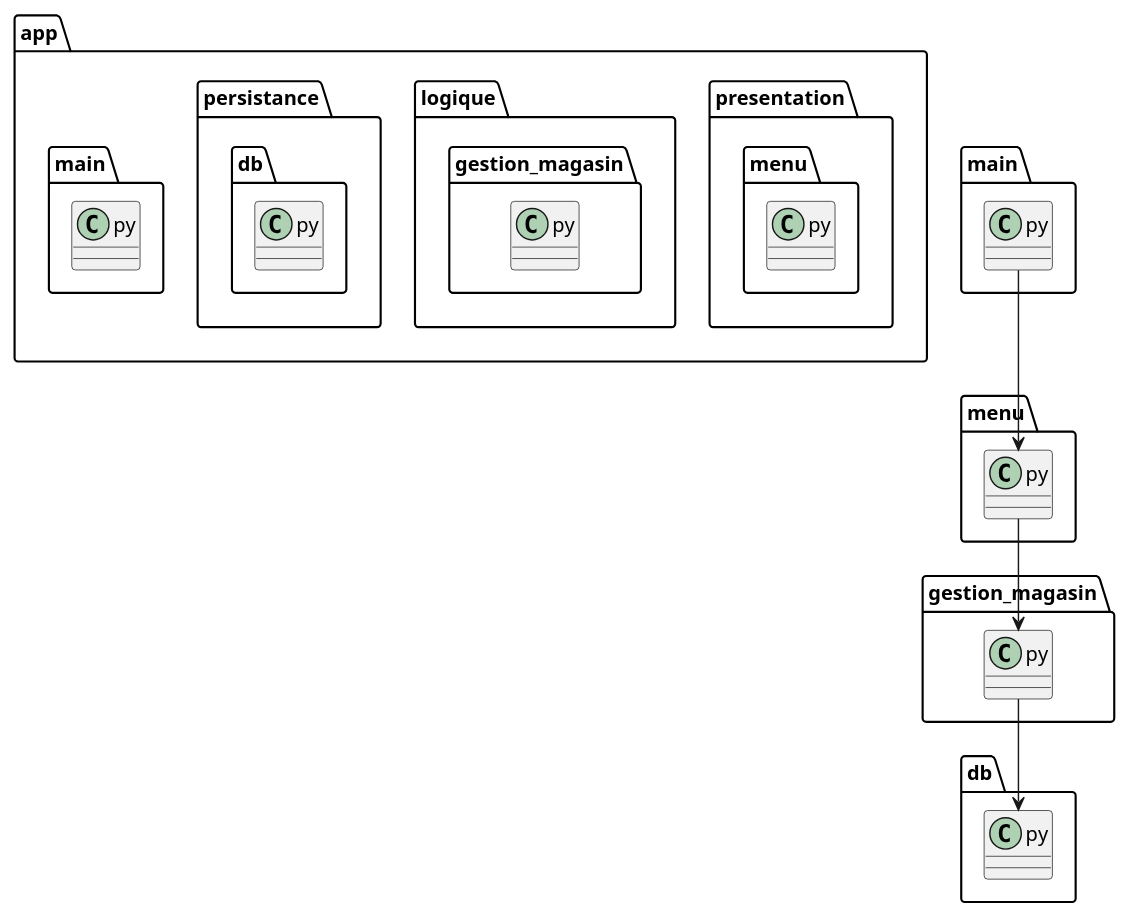
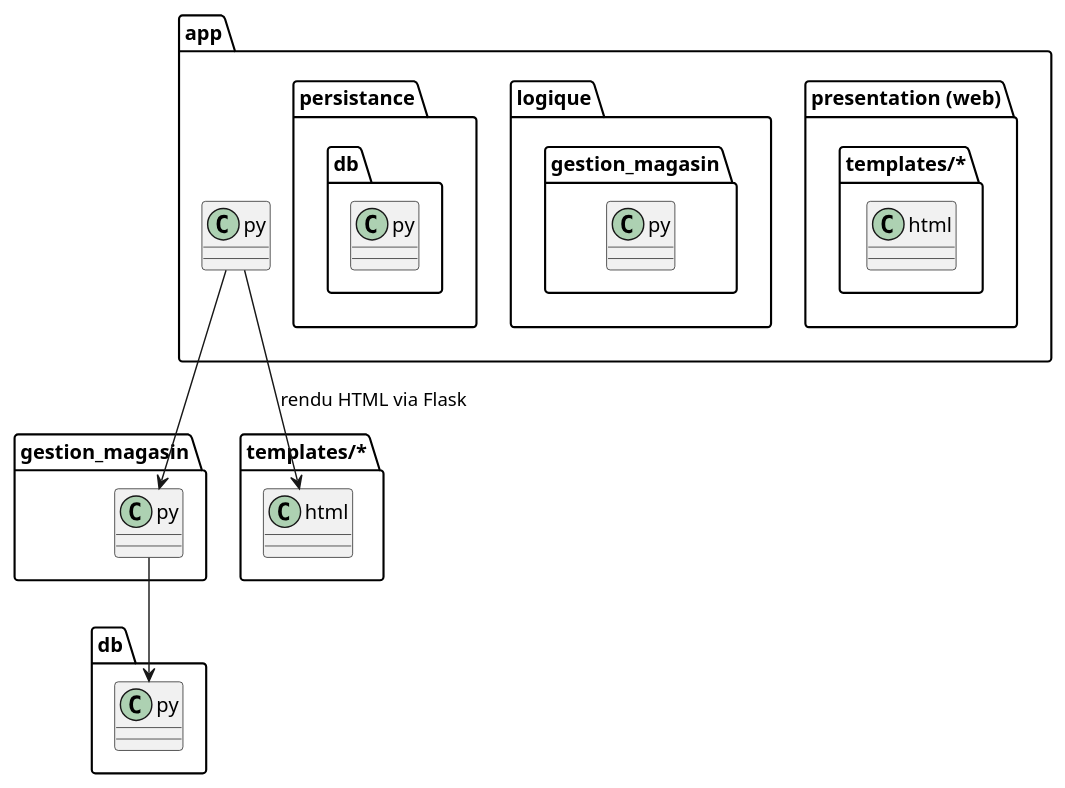
Before and after one commit to nathanlamy/LOG430-LABO-2: the diagram in docs/UML/implementation.puml, drawn with PlantUML. The commit also changed 40 other files, not shown here.

Commit message:
Change to web app + Add functionnalities

```diff
--- a/docs/UML/implementation.puml
+++ b/docs/UML/implementation.puml
@@ -1,19 +1,22 @@
-@startuml Vue d'implémentation
+@startuml Vue_d_implementation
+
 package "app" {
-  package "presentation" {
-    class "menu.py"
+  package "presentation (web)" {
+    class "app.py"
+    class "templates/*.html"
   }
+
   package "logique" {
     class "gestion_magasin.py"
   }
+
   package "persistance" {
     class "db.py"
   }
-  class "main.py"
 }
 
-"main.py" --> "menu.py"
-"menu.py" --> "gestion_magasin.py"
+"app.py" --> "gestion_magasin.py"
 "gestion_magasin.py" --> "db.py"
+"app.py" --> "templates/*.html" : rendu HTML via Flask
 
 @enduml
```
